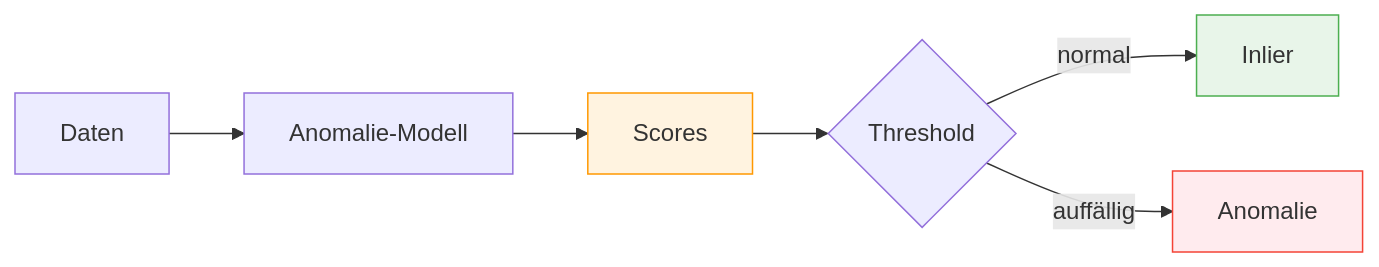
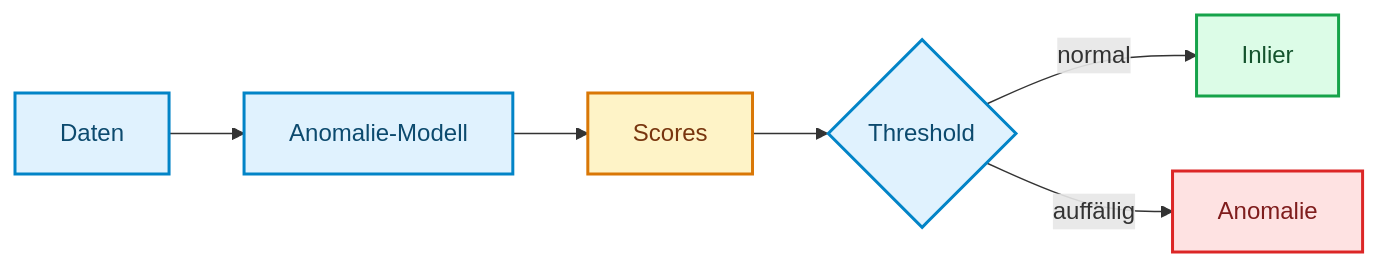
The diagram in docs/concepts/evaluate/bewertung_anomalie.md (ralf-42/ML_Intro), drawn with Mermaid before and after one commit. The commit also changed 67 other files, not shown here.

````diff
--- a/docs/concepts/evaluate/bewertung_anomalie.md
+++ b/docs/concepts/evaluate/bewertung_anomalie.md
@@ -37,12 +37,16 @@
 ```mermaid
 flowchart LR
     D["Daten"] --> M["Anomalie-Modell"]
     M --> S["Scores"]
     S --> T{"Threshold"}
     T -->|"normal"| N["Inlier"]
     T -->|"auffällig"| A["Anomalie"]
-    
-    style S fill:#fff3e0,stroke:#ff9800
-    style N fill:#e8f5e9,stroke:#4caf50
-    style A fill:#ffebee,stroke:#f44336
+
+    classDef default fill:#e0f2fe,stroke:#0284c7,stroke-width:2px,color:#0c4a6e;
+    classDef metric fill:#fef3c7,stroke:#d97706,stroke-width:2px,color:#78350f;
+    classDef output fill:#dcfce7,stroke:#16a34a,stroke-width:2px,color:#14532d;
+    classDef stop fill:#fee2e2,stroke:#dc2626,stroke-width:2px,color:#7f1d1d;
+    class S metric;
+    class N output;
+    class A stop;
 ```
````
